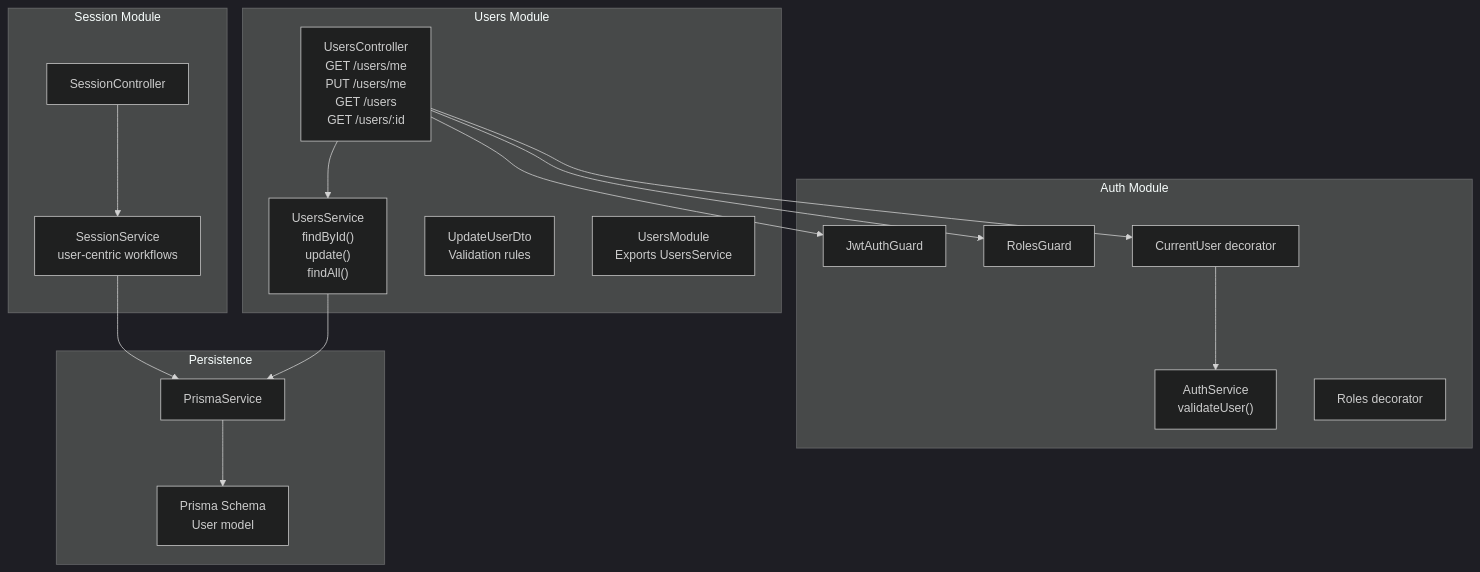
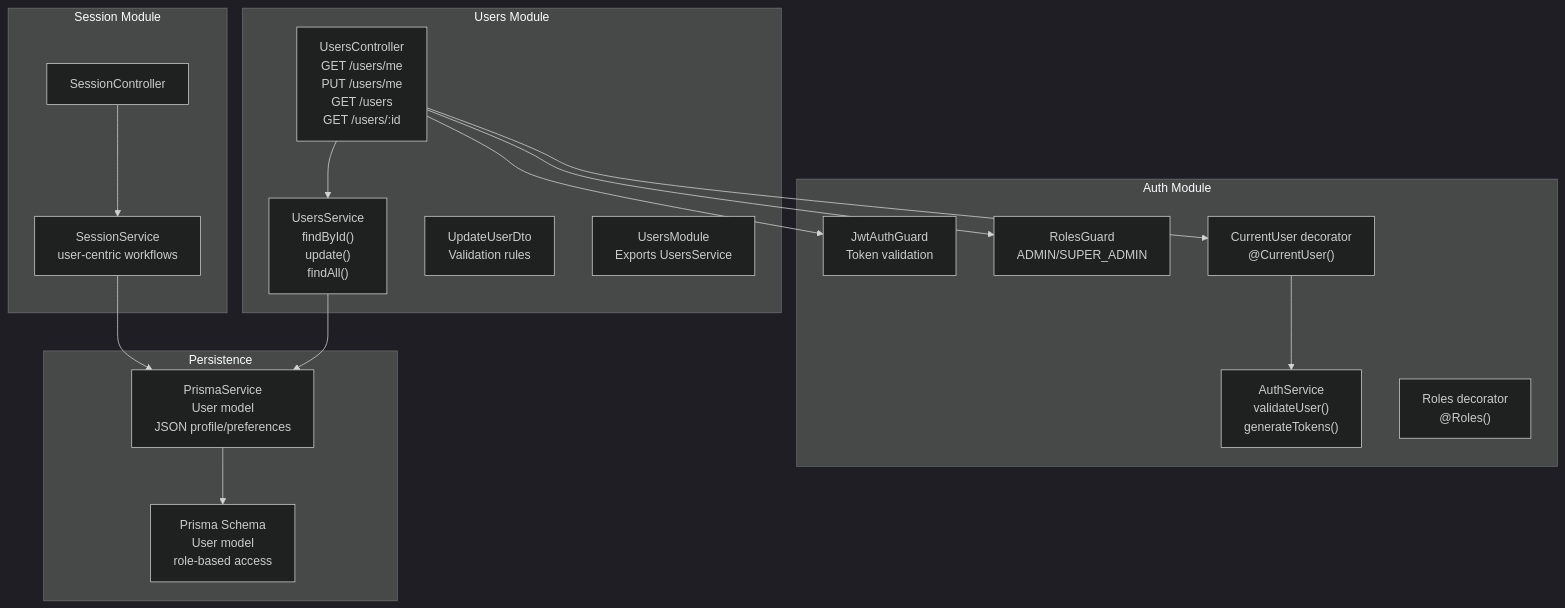
The first of 10 diagrams in .qoder/repowiki/en/content/Core Modules/User Management Module.md (Avi-Bendetsky/Quiz-to-build), drawn with Mermaid (dark theme) before and after one commit. The commit also changed other lines of this file and 41 other files, not shown here.

````diff
--- a/.qoder/repowiki/en/content/Core Modules/User Management Module.md
+++ b/.qoder/repowiki/en/content/Core Modules/User Management Module.md
@@ -40,33 +51,33 @@
 ```mermaid
 graph TB
 subgraph "Users Module"
 UC["UsersController<br/>GET /users/me<br/>PUT /users/me<br/>GET /users<br/>GET /users/:id"]
 US["UsersService<br/>findById()<br/>update()<br/>findAll()"]
 DTOU["UpdateUserDto<br/>Validation rules"]
 UM["UsersModule<br/>Exports UsersService"]
 end
 subgraph "Auth Module"
-AS["AuthService<br/>validateUser()"]
-JG["JwtAuthGuard"]
-RG["RolesGuard"]
-RD["Roles decorator"]
-CD["CurrentUser decorator"]
+AS["AuthService<br/>validateUser()<br/>generateTokens()"]
+JG["JwtAuthGuard<br/>Token validation"]
+RG["RolesGuard<br/>ADMIN/SUPER_ADMIN"]
+RD["Roles decorator<br/>@Roles()"]
+CD["CurrentUser decorator<br/>@CurrentUser()"]
 end
 subgraph "Session Module"
 SSC["SessionService<br/>user-centric workflows"]
 SCC["SessionController"]
 end
 subgraph "Persistence"
-PRISMA["PrismaService"]
-SCHEMA["Prisma Schema<br/>User model"]
+PRISMA["PrismaService<br/>User model<br/>JSON profile/preferences"]
+SCHEMA["Prisma Schema<br/>User model<br/>role-based access"]
 end
 UC --> US
 US --> PRISMA
 PRISMA --> SCHEMA
 UC --> JG
 UC --> RG
 UC --> CD
 CD --> AS
 SSC --> PRISMA
 SCC --> SSC
 ```
````
